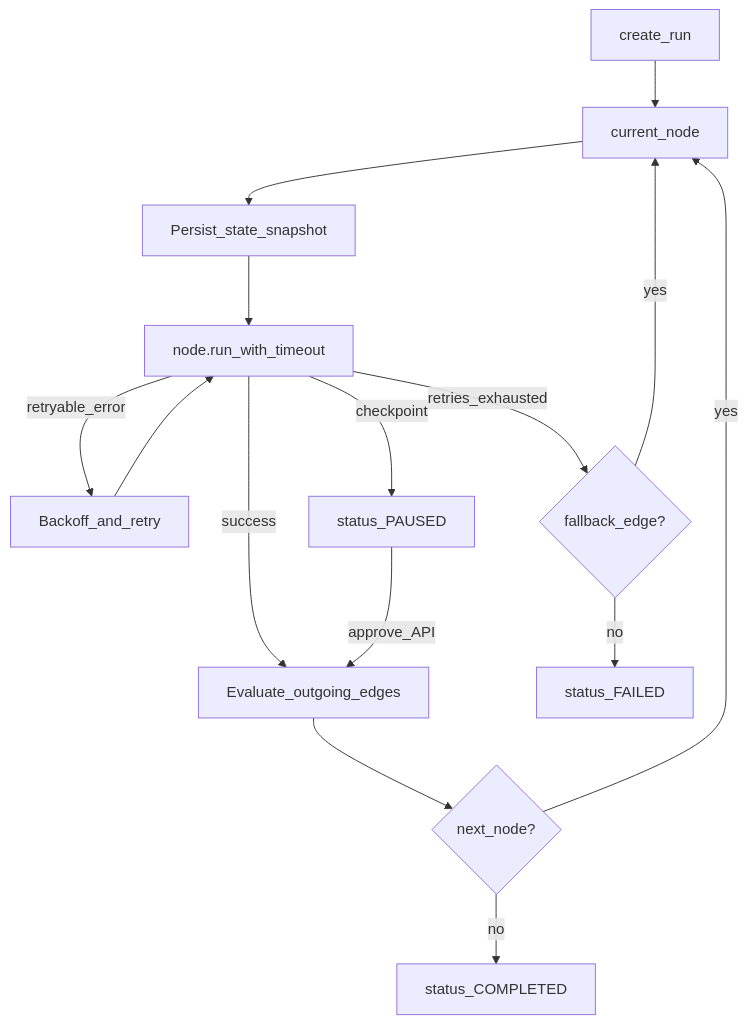
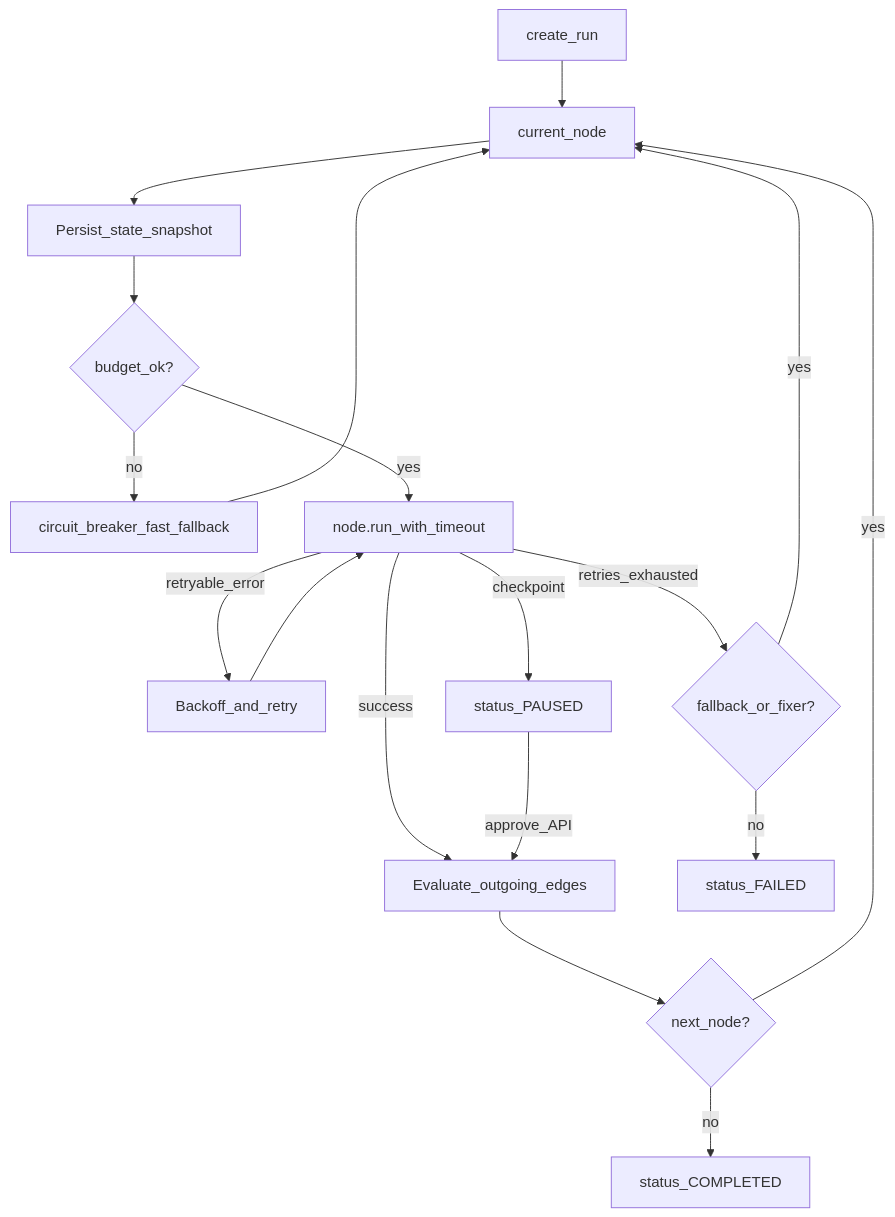
One commit to Arpit441/multi-agent-orchestration- changed the second of 5 diagrams in README.md. Above: the diagram before and after it, drawn with Mermaid. The commit also changed other lines of this file and 2 other files, not shown here.

````diff
--- a/README.md
+++ b/README.md
@@ -41,17 +48,20 @@
 ```mermaid
 flowchart TD
   Start[create_run] --> Loop[current_node]
   Loop --> Snap[Persist_state_snapshot]
-  Snap --> Exec[node.run_with_timeout]
+  Snap --> BudgetCheck{budget_ok?}
+  BudgetCheck -->|no| Circuit[circuit_breaker_fast_fallback]
+  Circuit --> Loop
+  BudgetCheck -->|yes| Exec[node.run_with_timeout]
   Exec -->|success| Edge[Evaluate_outgoing_edges]
   Exec -->|retryable_error| Retry[Backoff_and_retry]
   Retry --> Exec
-  Exec -->|retries_exhausted| FailOrFallback{fallback_edge?}
+  Exec -->|retries_exhausted| FailOrFallback{fallback_or_fixer?}
   FailOrFallback -->|yes| Loop
   FailOrFallback -->|no| Failed[status_FAILED]
   Exec -->|checkpoint| Paused[status_PAUSED]
   Paused -->|approve_API| Edge
   Edge --> Next{next_node?}
   Next -->|yes| Loop
   Next -->|no| Done[status_COMPLETED]
 ```
````
